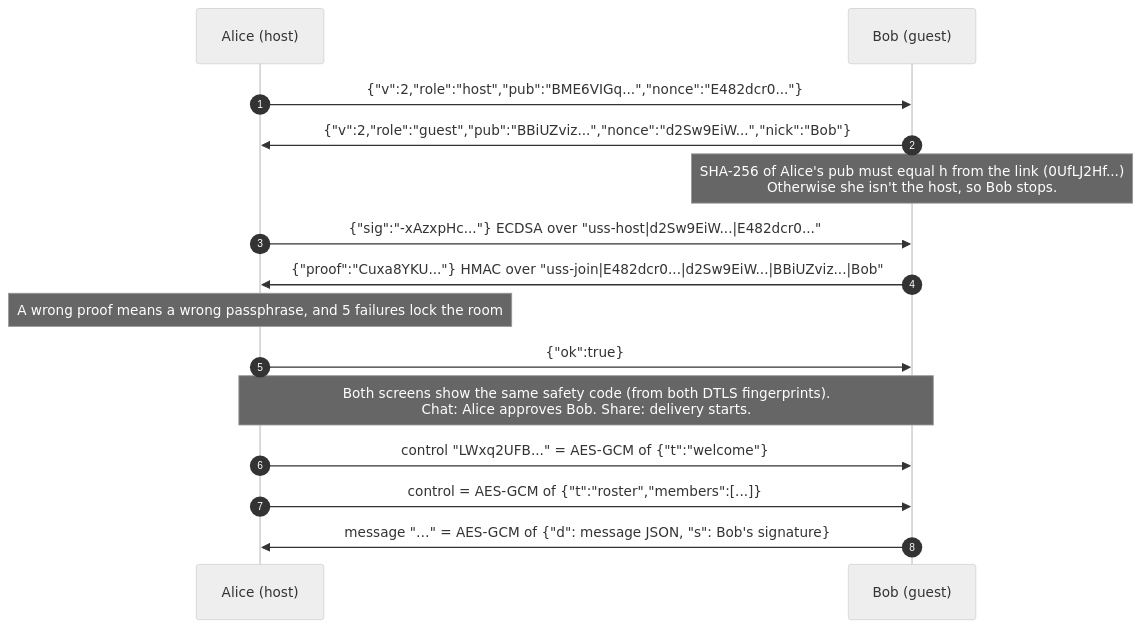
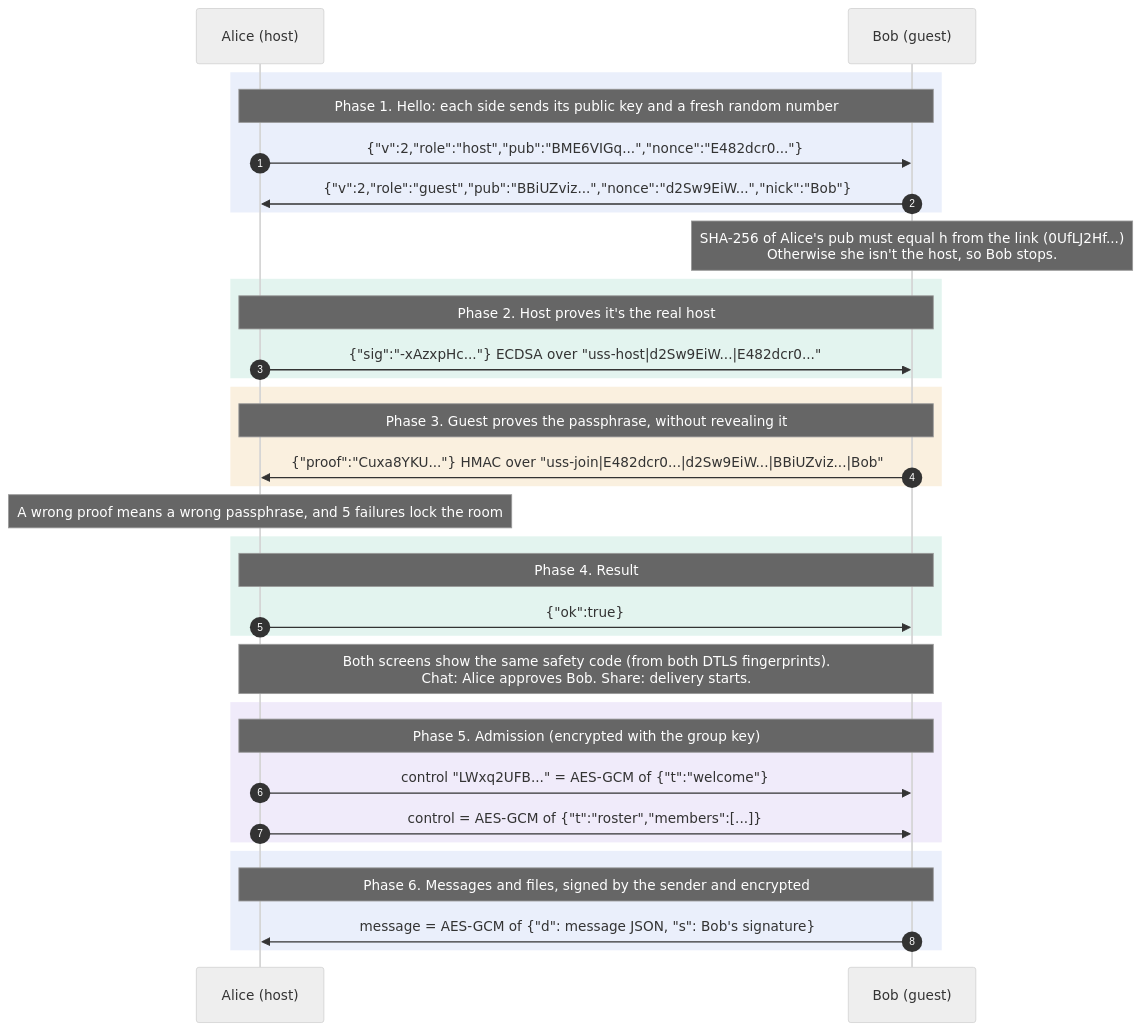
Before and after one commit to common-sec/secure-share: the fourth of 6 diagrams in docs/COMMUNICATION.md, drawn with Mermaid (neutral theme). The commit also changed other lines of this file, not shown here.

First line of the commit message:
Label every message group in the sequence diagrams and add legends

````diff
--- a/docs/COMMUNICATION.md
+++ b/docs/COMMUNICATION.md
@@ -337,17 +393,41 @@
 ```mermaid
 sequenceDiagram
     autonumber
     participant A as Alice (host)
     participant B as Bob (guest)
+
+    rect rgba(80, 120, 220, 0.12)
+    Note over A,B: Phase 1. Hello: each side sends its public key and a fresh random number
     A->>B: {"v":2,"role":"host","pub":"BME6VIGq...","nonce":"E482dcr0..."}
     B->>A: {"v":2,"role":"guest","pub":"BBiUZviz...","nonce":"d2Sw9EiW...","nick":"Bob"}
+    end
     Note over B: SHA-256 of Alice's pub must equal h from the link (0UfLJ2Hf...)<br/>Otherwise she isn't the host, so Bob stops.
+
+    rect rgba(30, 160, 120, 0.12)
+    Note over A,B: Phase 2. Host proves it's the real host
     A->>B: {"sig":"-xAzxpHc..."} ECDSA over "uss-host|d2Sw9EiW...|E482dcr0..."
+    end
+
+    rect rgba(220, 150, 30, 0.14)
+    Note over A,B: Phase 3. Guest proves the passphrase, without revealing it
     B->>A: {"proof":"Cuxa8YKU..."} HMAC over "uss-join|E482dcr0...|d2Sw9EiW...|BBiUZviz...|Bob"
+    end
     Note over A: A wrong proof means a wrong passphrase, and 5 failures lock the room
+
+    rect rgba(30, 160, 120, 0.12)
+    Note over A,B: Phase 4. Result
     A->>B: {"ok":true}
+    end
     Note over A,B: Both screens show the same safety code (from both DTLS fingerprints).<br/>Chat: Alice approves Bob. Share: delivery starts.
+
+    rect rgba(130, 90, 210, 0.12)
+    Note over A,B: Phase 5. Admission (encrypted with the group key)
     A->>B: control "LWxq2UFB..." = AES-GCM of {"t":"welcome"}
     A->>B: control = AES-GCM of {"t":"roster","members":[...]}
-    B->>A: message "…" = AES-GCM of {"d": message JSON, "s": Bob's signature}
+    end
+
+    rect rgba(80, 120, 220, 0.12)
+    Note over A,B: Phase 6. Messages and files, signed by the sender and encrypted
+    B->>A: message = AES-GCM of {"d": message JSON, "s": Bob's signature}
+    end
 ```
````
